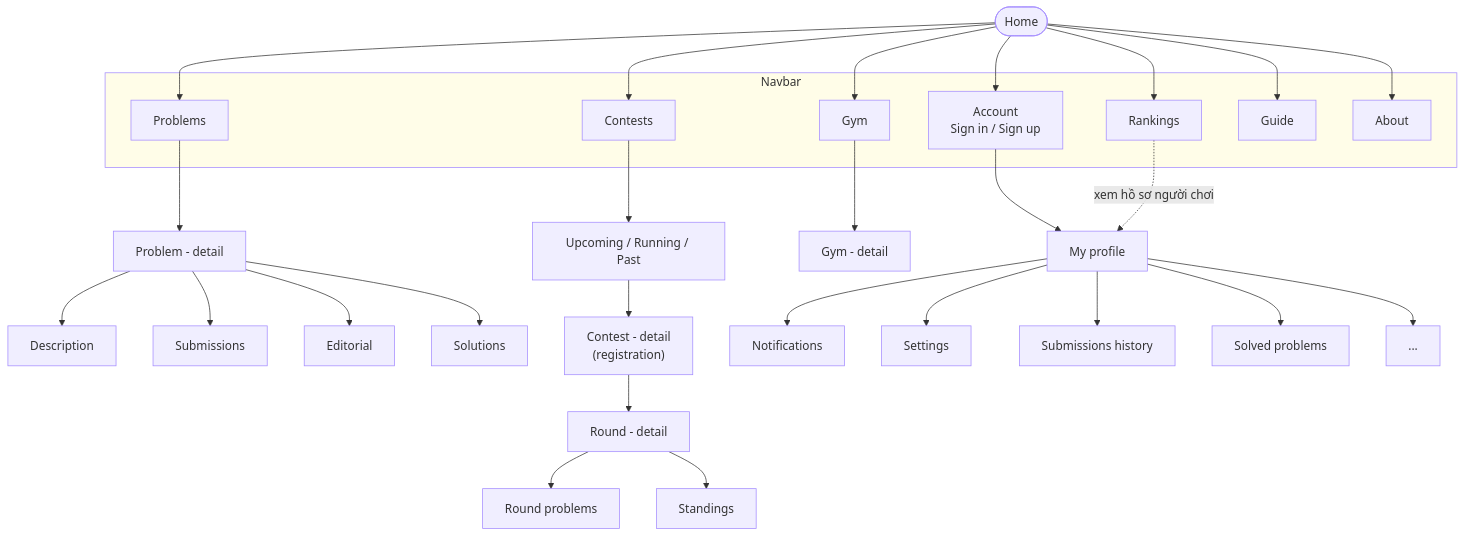
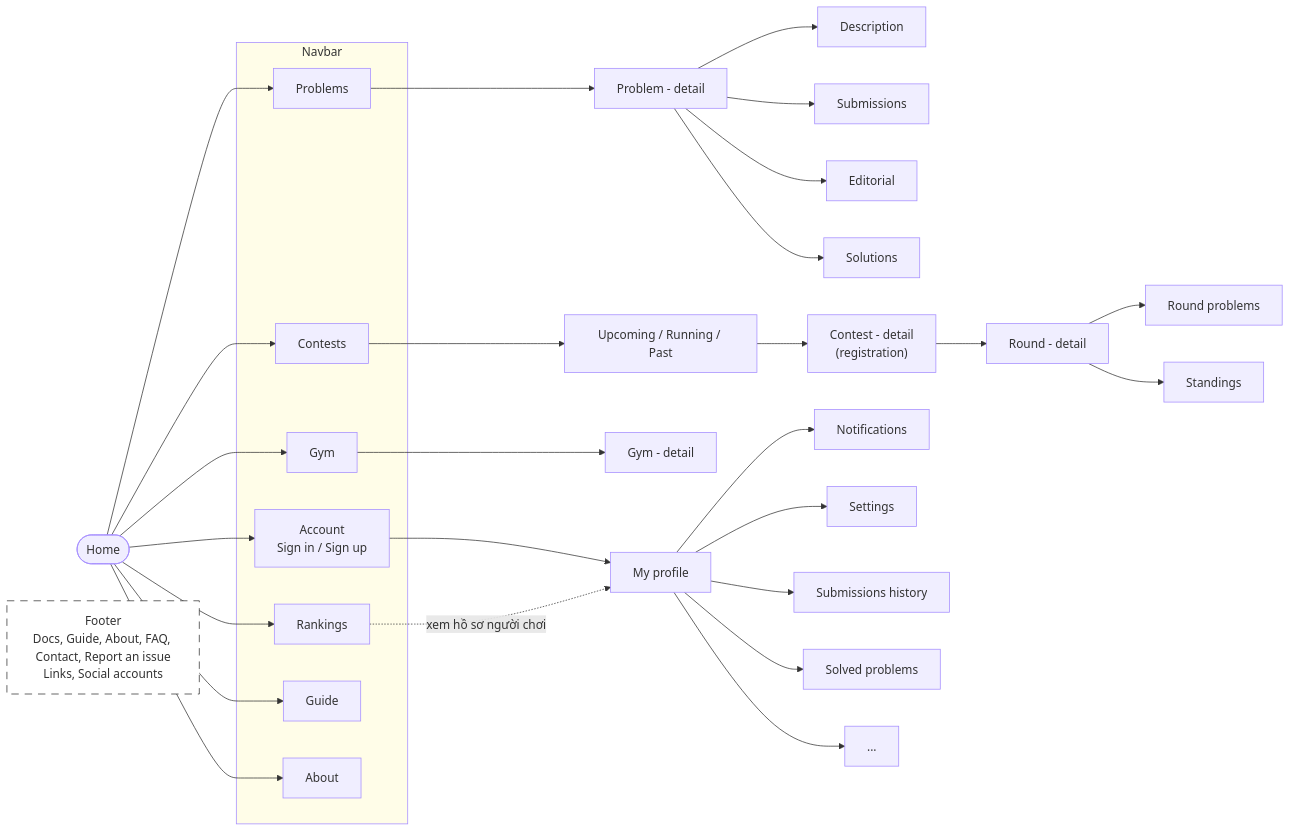
The diagram in README.md (HANKFORSHORT/IE104.R11.CNVN_Group13), drawn with Mermaid before and after one commit.

Commit message:
feat: redegin mermaid layout

````diff
--- a/README.md
+++ b/README.md
@@ -22,53 +22,56 @@
 ```mermaid
-flowchart TD
+flowchart LR
     Home(["Home"])
 
     subgraph Navbar
         Problems["Problems"]
         Contests["Contests"]
         Gym["Gym"]
         Rankings["Rankings"]
         Account["Account<br/>Sign in / Sign up"]
         Guide["Guide"]
         About["About"]
     end
 
     Home --> Problems
     Home --> Contests
     Home --> Gym
     Home --> Rankings
     Home --> Account
     Home --> Guide
     Home --> About
 
     %% Problems
     Problems --> ProblemDetail["Problem - detail"]
     ProblemDetail --> Description["Description"]
     ProblemDetail --> Submissions["Submissions"]
     ProblemDetail --> Editorial["Editorial"]
     ProblemDetail --> Solutions["Solutions"]
 
     %% Contests
     Contests --> ContestList["Upcoming / Running / Past"]
     ContestList --> ContestDetail["Contest - detail<br/>(registration)"]
     ContestDetail --> RoundDetail["Round - detail"]
     RoundDetail --> RoundProblems["Round problems"]
     RoundDetail --> Standings["Standings"]
 
     %% Gym
     Gym --> GymDetail["Gym - detail"]
 
     %% Account
     Account --> Profile["My profile"]
     Profile --> Notifications["Notifications"]
     Profile --> Settings["Settings"]
     Profile --> History["Submissions history"]
     Profile --> Solved["Solved problems"]
     Profile --> Etc["..."]
 
     Rankings -.->|xem hồ sơ người chơi| Profile
 
+    Footer["Footer<br/>Docs, Guide, About, FAQ, Contact, Report an issue<br/>Links, Social accounts"]
+
     classDef page fill:#f0eeff,stroke:#a48cff,stroke-width:1px,color:#333333;
     class Home,Problems,Contests,Gym,Rankings,Account,Guide,About,ProblemDetail,Description,Submissions,Editorial,Solutions,ContestList,ContestDetail,RoundDetail,RoundProblems,Standings,GymDetail,Profile,Notifications,Settings,History,Solved,Etc page;
     style Navbar fill:#fffde8,stroke:#a48cff,stroke-width:1px,color:#333333
+    style Footer fill:#fff,stroke:#333,stroke-width:1px,stroke-dasharray:10 8
 ```
````
